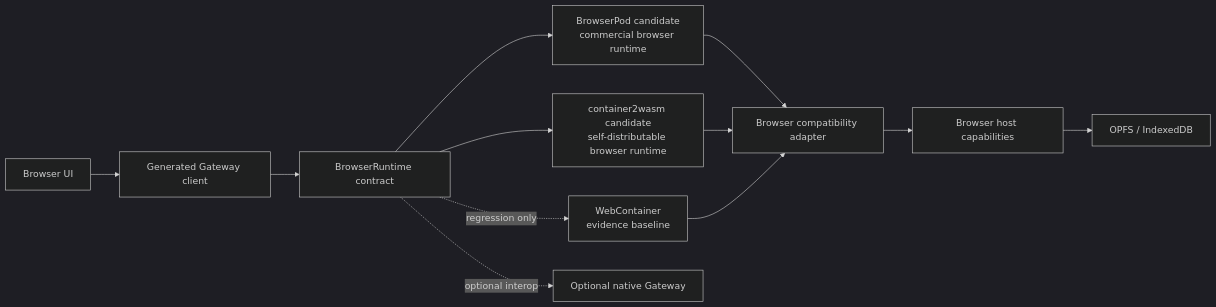
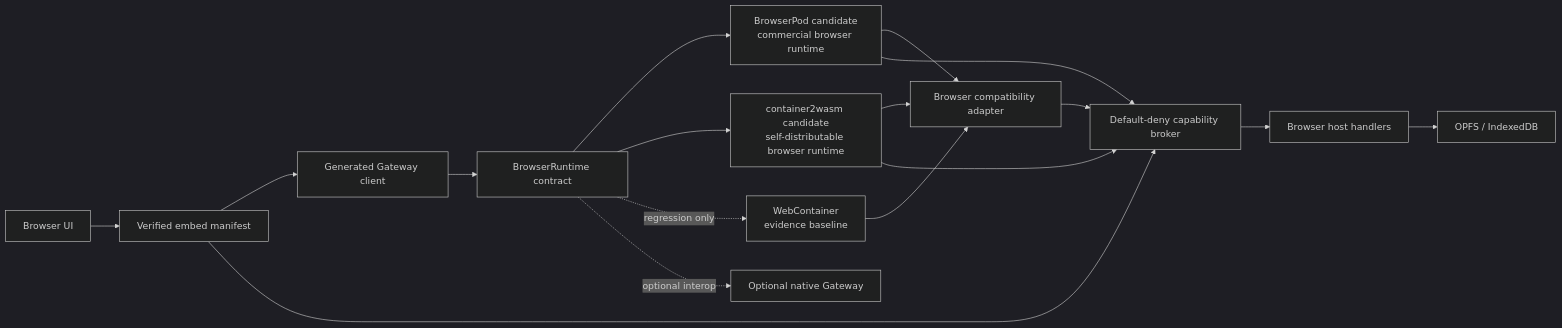
Before and after one commit to haya-inc/clawsembly: the diagram in docs/architecture.md, drawn with Mermaid (dark theme). The commit also changed other lines of this file and 34 other files, not shown here.

Commit message:
Build verified OpenClaw embedding core

````diff
--- a/docs/architecture.md
+++ b/docs/architecture.md
@@ -10,23 +11,28 @@
 ```mermaid
 flowchart LR
     UI["Browser UI"]
+    Manifest["Verified embed manifest"]
     Client["Generated Gateway client"]
     Contract["BrowserRuntime contract"]
     Commercial["BrowserPod candidate\ncommercial browser runtime"]
     Open["container2wasm candidate\nself-distributable browser runtime"]
     Baseline["WebContainer\nevidence baseline"]
     Remote["Optional native Gateway"]
     Adapter["Browser compatibility adapter"]
-    Host["Browser host capabilities"]
+    Broker["Default-deny capability broker"]
+    Host["Browser host handlers"]
     Store["OPFS / IndexedDB"]
 
-    UI --> Client --> Contract
+    UI --> Manifest --> Client --> Contract
+    Manifest --> Broker
     Contract --> Commercial
     Contract --> Open
     Contract -. regression only .-> Baseline
     Contract -. optional interop .-> Remote
     Commercial --> Adapter
     Open --> Adapter
-    Baseline --> Adapter --> Host
+    Baseline --> Adapter --> Broker --> Host
+    Commercial --> Broker
+    Open --> Broker
     Host --> Store
 ```
````
